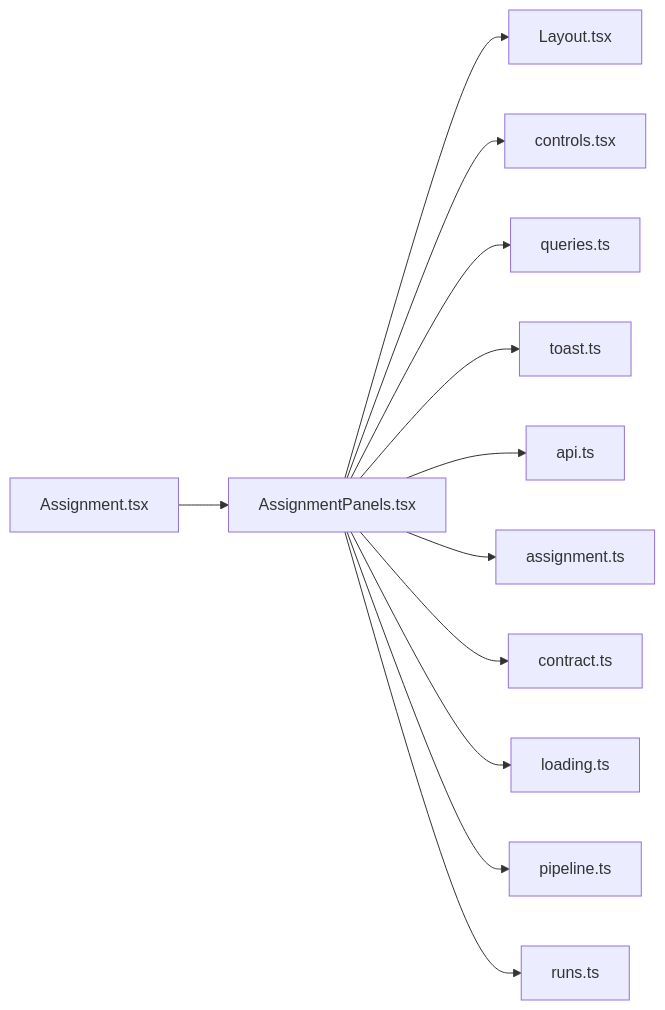
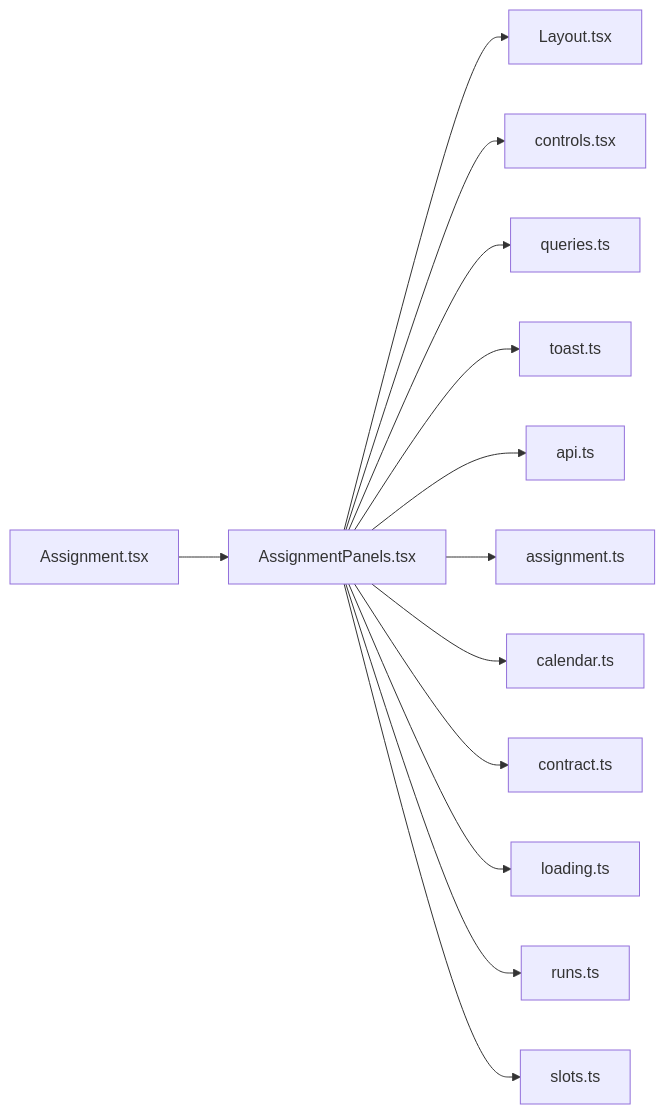
Before and after one commit to minkong-dev/Banblit: the diagram in .cluedoc/graph/frontend/src/routes/AssignmentPanels.md, drawn with Mermaid. The commit also changed other lines of this file and 56 other files, not shown here.

Commit message:
frontend: import pure lib functions from their own files instead of through pipeline

````diff
--- a/.cluedoc/graph/frontend/src/routes/AssignmentPanels.md
+++ b/.cluedoc/graph/frontend/src/routes/AssignmentPanels.md
@@ -10,15 +10,16 @@
 ```mermaid
 flowchart LR
   frontend_src_routes_AssignmentPanels["AssignmentPanels.tsx"]
   frontend_src_routes_AssignmentPanels --> frontend_src_components_Layout["Layout.tsx"]
   frontend_src_routes_AssignmentPanels --> frontend_src_components_controls["controls.tsx"]
   frontend_src_routes_AssignmentPanels --> frontend_src_components_queries["queries.ts"]
   frontend_src_routes_AssignmentPanels --> frontend_src_components_toast["toast.ts"]
   frontend_src_routes_AssignmentPanels --> frontend_src_lib_api["api.ts"]
   frontend_src_routes_AssignmentPanels --> frontend_src_lib_assignment["assignment.ts"]
+  frontend_src_routes_AssignmentPanels --> frontend_src_lib_calendar["calendar.ts"]
   frontend_src_routes_AssignmentPanels --> frontend_src_lib_contract["contract.ts"]
   frontend_src_routes_AssignmentPanels --> frontend_src_lib_loading["loading.ts"]
-  frontend_src_routes_AssignmentPanels --> frontend_src_lib_pipeline["pipeline.ts"]
   frontend_src_routes_AssignmentPanels --> frontend_src_lib_runs["runs.ts"]
+  frontend_src_routes_AssignmentPanels --> frontend_src_lib_slots["slots.ts"]
   frontend_src_routes_Assignment["Assignment.tsx"] --> frontend_src_routes_AssignmentPanels
 ```
````
